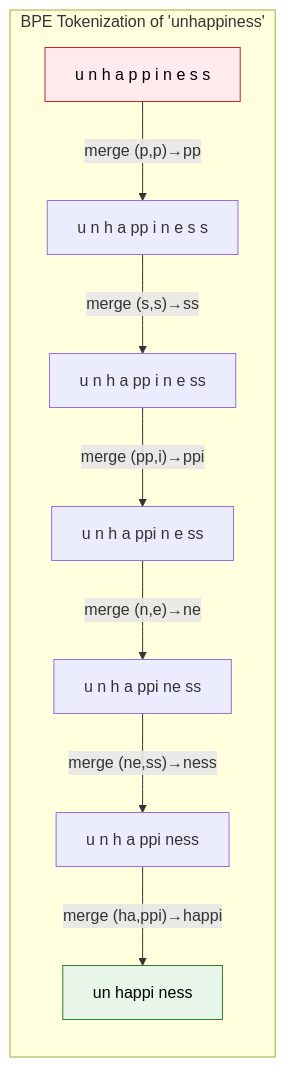
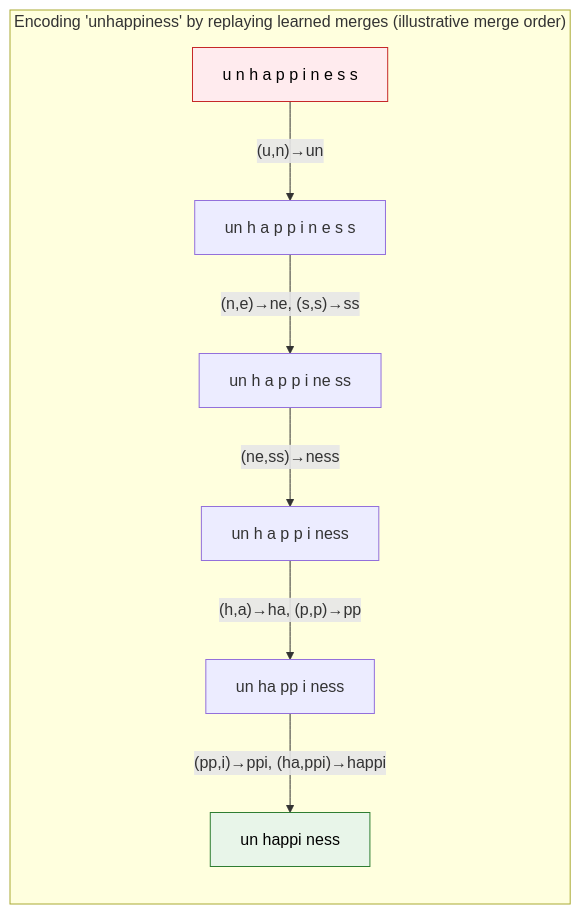
Before and after one commit to Hmago/ml4: the first of 26 diagrams in content/34b_google_top10_ml_interview_part2.md, drawn with Mermaid. The commit also changed other lines of this file and 59 other files, not shown here.

````diff
--- a/content/34b_google_top10_ml_interview_part2.md
+++ b/content/34b_google_top10_ml_interview_part2.md
@@ -106,14 +147,13 @@
 ```mermaid
 graph LR
-    subgraph "BPE Tokenization of 'unhappiness'"
-        A["u n h a p p i n e s s"] -->|"merge (p,p)→pp"| B["u n h a pp i n e s s"]
-        B -->|"merge (s,s)→ss"| C["u n h a pp i n e ss"]
-        C -->|"merge (pp,i)→ppi"| D["u n h a ppi n e ss"]
-        D -->|"merge (n,e)→ne"| E["u n h a ppi ne ss"]
-        E -->|"merge (ne,ss)→ness"| F["u n h a ppi ness"]
-        F -->|"merge (ha,ppi)→happi"| G["un happi ness"]
+    subgraph "Encoding 'unhappiness' by replaying learned merges (illustrative merge order)"
+        A["u n h a p p i n e s s"] -->|"(u,n)→un"| B["un h a p p i n e s s"]
+        B -->|"(n,e)→ne, (s,s)→ss"| C["un h a p p i ne ss"]
+        C -->|"(ne,ss)→ness"| D["un h a p p i ness"]
+        D -->|"(h,a)→ha, (p,p)→pp"| E["un ha pp i ness"]
+        E -->|"(pp,i)→ppi, (ha,ppi)→happi"| F["un happi ness"]
     end
 
     style A fill:#ffebee,stroke:#c62828,color:#000
-    style G fill:#e8f5e9,stroke:#2e7d32,color:#000
+    style F fill:#e8f5e9,stroke:#2e7d32,color:#000
 ```
````
